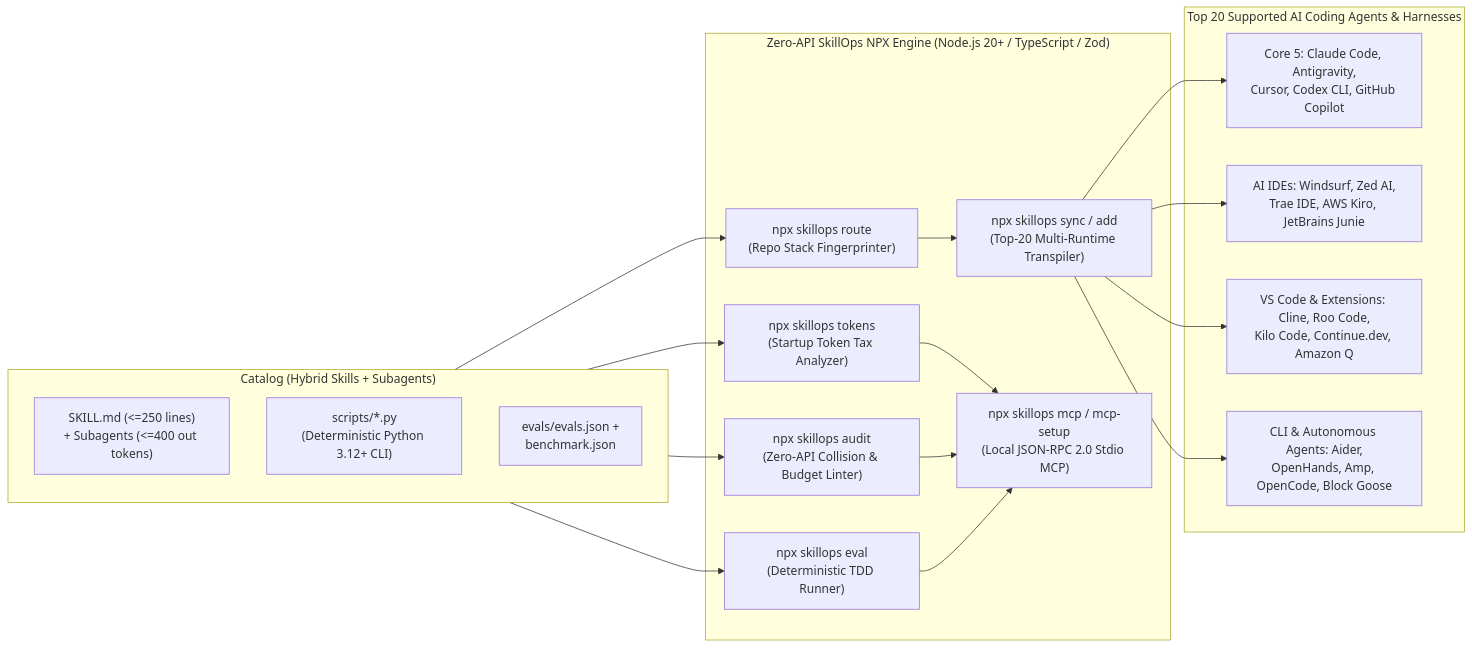
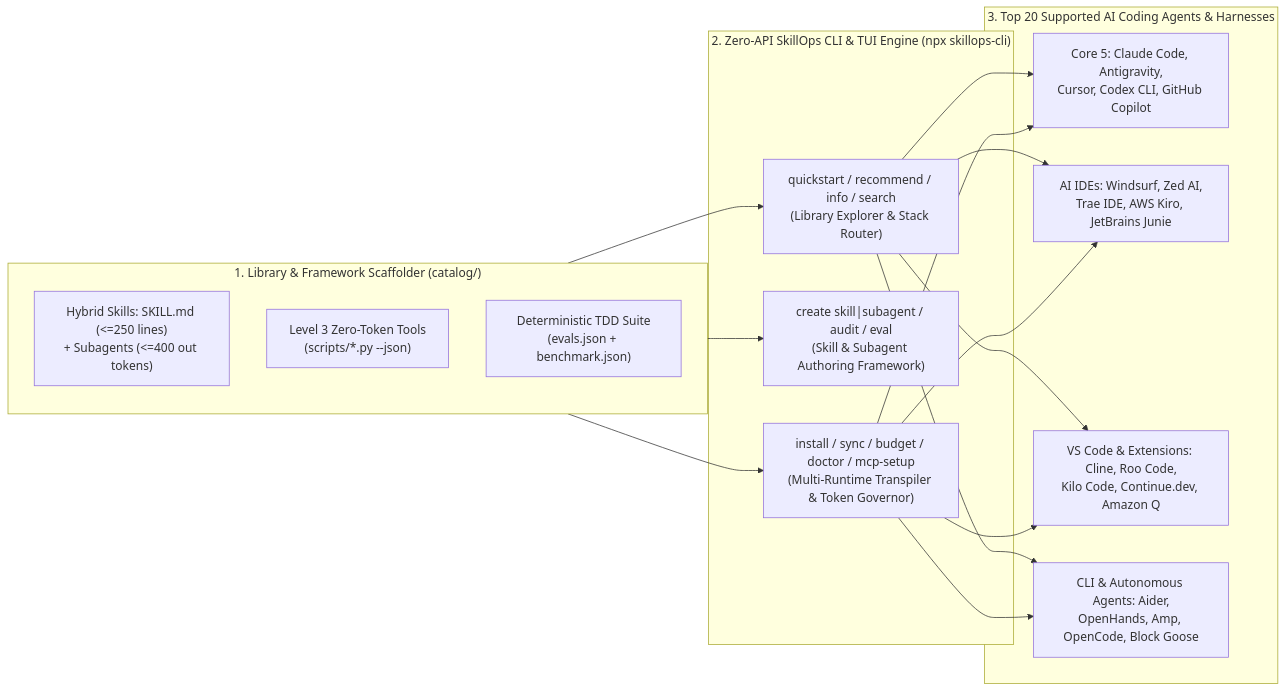
One commit to OdevMatheus/SkillOps changed the diagram in README.md. Above: the diagram before and after it, drawn with Mermaid. The commit also changed other lines of this file and 6 other files, not shown here.

First line of the commit message:
docs(ux): redesign README around the Framework & Library of Skills/Subagents workflow and release v1.3.0 (#132)

````diff
--- a/README.md
+++ b/README.md
@@ -62,29 +76,24 @@
 ```mermaid
 flowchart LR
-    subgraph Catalog["Catalog (Hybrid Skills + Subagents)"]
-        S1["SKILL.md (<=250 lines)\n+ Subagents (<=400 out tokens)"]
-        S2["scripts/*.py\n(Deterministic Python 3.12+ CLI)"]
-        S3["evals/evals.json +\nbenchmark.json"]
+    subgraph Library["1. Library & Framework Scaffolder (catalog/)"]
+        S1["Hybrid Skills: SKILL.md (<=250 lines)\n+ Subagents (<=400 out tokens)"]
+        S2["Level 3 Zero-Token Tools\n(scripts/*.py --json)"]
+        S3["Deterministic TDD Suite\n(evals.json + benchmark.json)"]
     end
 
-    subgraph Engine["Zero-API SkillOps NPX Engine (Node.js 20+ / TypeScript / Zod)"]
-        Tokens["npx skillops tokens\n(Startup Token Tax Analyzer)"]
-        Audit["npx skillops audit\n(Zero-API Collision & Budget Linter)"]
-        Route["npx skillops route\n(Repo Stack Fingerprinter)"]
-        Sync["npx skillops sync / add\n(Top-20 Multi-Runtime Transpiler)"]
-        Eval["npx skillops eval\n(Deterministic TDD Runner)"]
-        Mcp["npx skillops mcp / mcp-setup\n(Local JSON-RPC 2.0 Stdio MCP)"]
+    subgraph Engine["2. Zero-API SkillOps CLI & TUI Engine (npx skillops-cli)"]
+        Quick["quickstart / recommend / info / search\n(Library Explorer & Stack Router)"]
+        Create["create skill|subagent / audit / eval\n(Skill & Subagent Authoring Framework)"]
+        Runtime["install / sync / budget / doctor / mcp-setup\n(Multi-Runtime Transpiler & Token Governor)"]
     end
 
-    subgraph Targets["Top 20 Supported AI Coding Agents & Harnesses"]
+    subgraph Targets["3. Top 20 Supported AI Coding Agents & Harnesses"]
         T1["Core 5: Claude Code, Antigravity,\nCursor, Codex CLI, GitHub Copilot"]
         T2["AI IDEs: Windsurf, Zed AI,\nTrae IDE, AWS Kiro, JetBrains Junie"]
         T3["VS Code & Extensions: Cline, Roo Code,\nKilo Code, Continue.dev, Amazon Q"]
         T4["CLI & Autonomous Agents: Aider,\nOpenHands, Amp, OpenCode, Block Goose"]
     end
 
-    Catalog --> Tokens & Audit & Route & Eval
-    Route --> Sync
-    Sync --> T1 & T2 & T3 & T4
-    Tokens & Audit & Eval --> Mcp
+    Library --> Quick & Create & Runtime
+    Quick & Runtime --> T1 & T2 & T3 & T4
 ```
````
